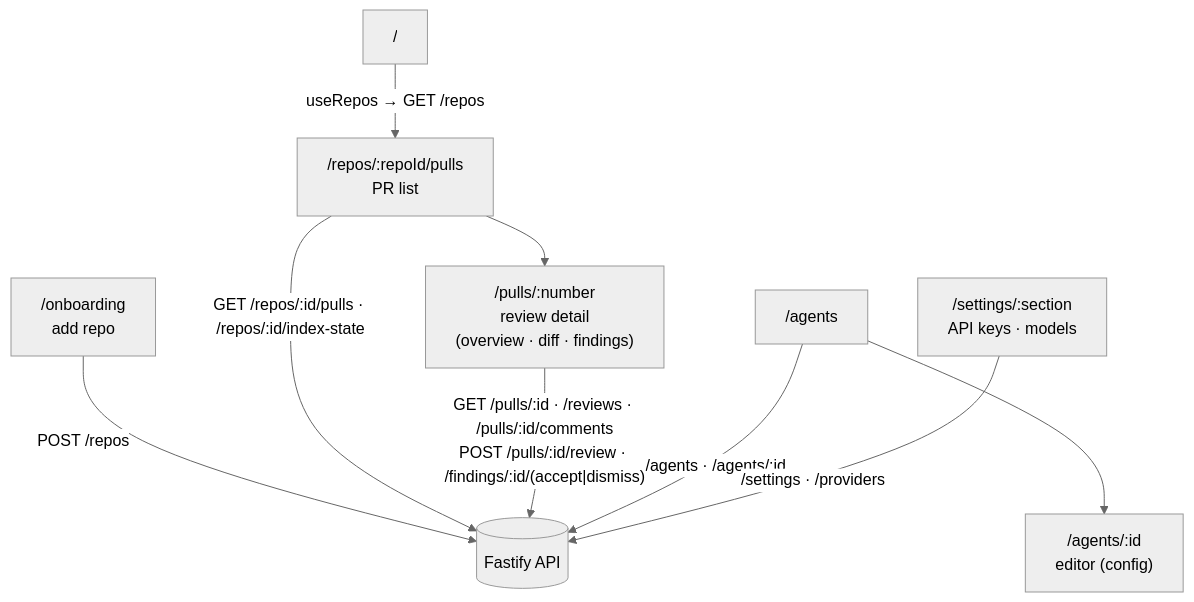
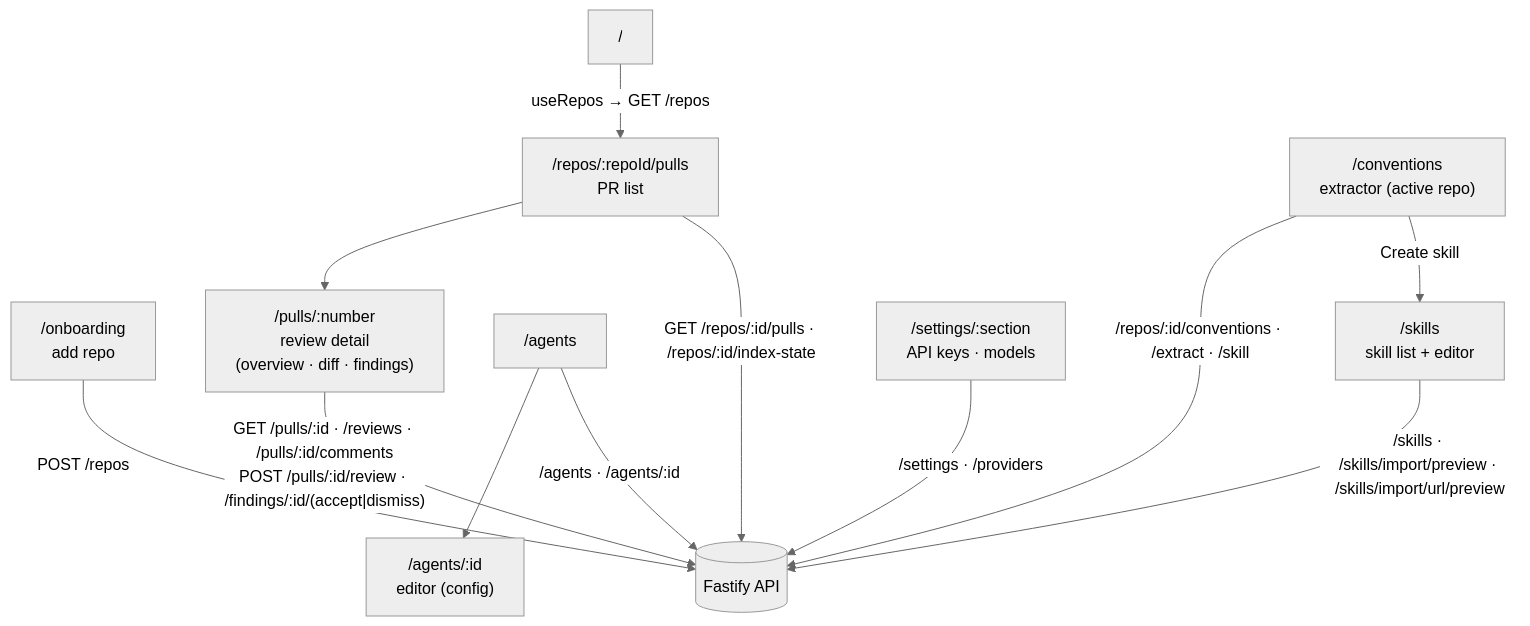
The diagram in client/README.md (MarinaKam/dev-digest), drawn with Mermaid (neutral theme) before and after one commit. The commit also changed other lines of this file and 15 other files, not shown here.

First line of the commit message:
docs: API Contract Reviewer skills, the with/without-skills experiment and the extractor on a real repo

````diff
--- a/client/README.md
+++ b/client/README.md
@@ -26,14 +26,19 @@
 ```mermaid
 flowchart TD
   ROOT["/"] -->|"useRepos → GET /repos"| PULLS["/repos/:repoId/pulls<br/>PR list"]
   ONB["/onboarding<br/>add repo"] -->|"POST /repos"| API[("Fastify API")]
   PULLS --> PR["/pulls/:number<br/>review detail<br/>(overview · diff · findings)"]
 
   AGENTS["/agents"] --> AGENT["/agents/:id<br/>editor (config)"]
+  SKILLS["/skills<br/>skill list + editor"]
+  CONV["/conventions<br/>extractor (active repo)"]
   SETTINGS["/settings/:section<br/>API keys · models"]
 
   PULLS -->|"GET /repos/:id/pulls · /repos/:id/index-state"| API
   PR -->|"GET /pulls/:id · /reviews · /pulls/:id/comments<br/>POST /pulls/:id/review · /findings/:id/(accept|dismiss)"| API
   AGENTS -->|"/agents · /agents/:id"| API
+  SKILLS -->|"/skills · /skills/import/preview · /skills/import/url/preview"| API
+  CONV -->|"/repos/:id/conventions · /extract · /skill"| API
+  CONV -->|"Create skill"| SKILLS
   SETTINGS -->|"/settings · /providers"| API
 ```
````
